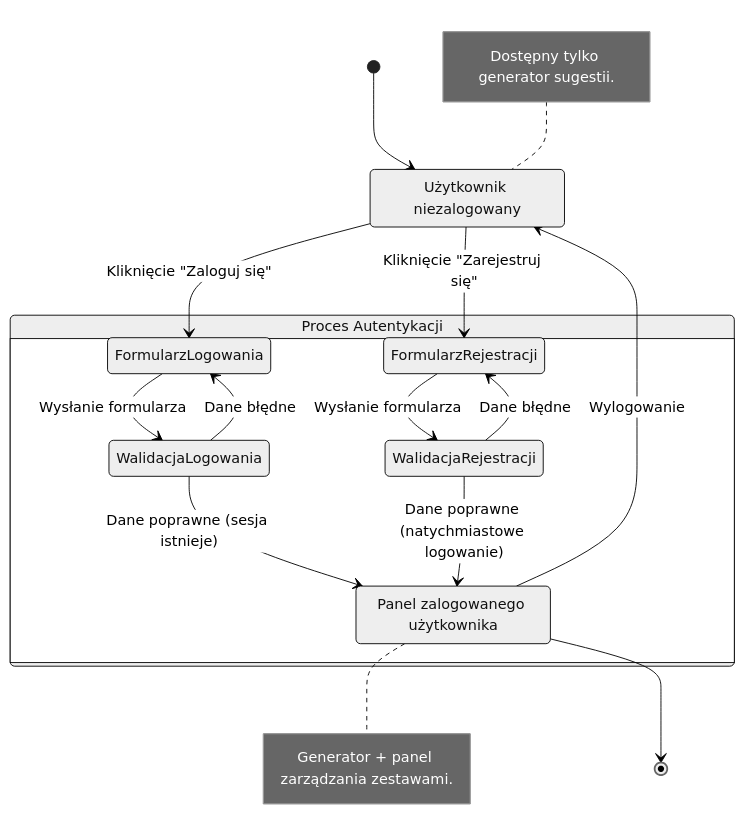
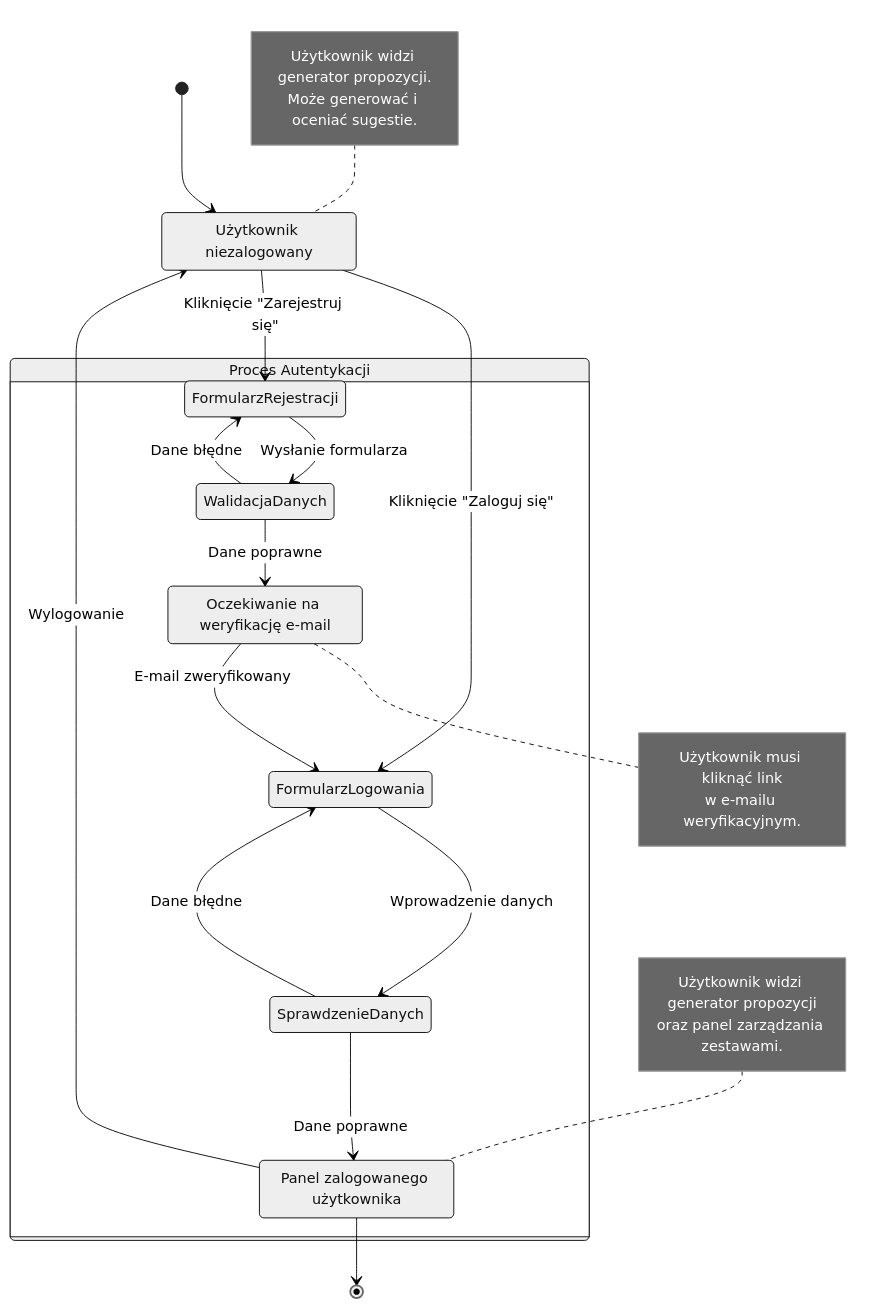
One commit to kkempa-fp/10x-hymns changed the diagram in .ai/diagrams/journey.md. Above: the diagram before and after it, drawn with Mermaid (neutral theme). The commit also changed 25 other files, not shown here.

````diff
--- a/.ai/diagrams/journey.md
+++ b/.ai/diagrams/journey.md
@@ -1,34 +1,44 @@
 ```mermaid
 stateDiagram-v2
     [*] --> WidokNiezalogowany
 
     WidokNiezalogowany: Użytkownik niezalogowany
     note left of WidokNiezalogowany
-        Dostępny tylko generator sugestii.
+        Użytkownik widzi generator propozycji.
+        Może generować i oceniać sugestie.
     end note
 
     WidokNiezalogowany --> FormularzLogowania: Kliknięcie "Zaloguj się"
     WidokNiezalogowany --> FormularzRejestracji: Kliknięcie "Zarejestruj się"
 
     state "Proces Autentykacji" as Autentykacja {
-        FormularzLogowania --> WalidacjaLogowania: Wysłanie formularza
+        FormularzLogowania --> SprawdzenieDanych: Wprowadzenie danych
 
-        state WalidacjaLogowania <<choice>>
-        WalidacjaLogowania --> WidokZalogowany: Dane poprawne (sesja istnieje)
-        WalidacjaLogowania --> FormularzLogowania: Dane błędne
+        state SprawdzenieDanych <<choice>>
+        SprawdzenieDanych --> WidokZalogowany: Dane poprawne
+        SprawdzenieDanych --> FormularzLogowania: Dane błędne
 
-        FormularzRejestracji --> WalidacjaRejestracji: Wysłanie formularza
+        FormularzRejestracji --> WalidacjaDanych: Wysłanie formularza
 
-        state WalidacjaRejestracji <<choice>>
-        WalidacjaRejestracji --> WidokZalogowany: Dane poprawne (natychmiastowe logowanie)
-        WalidacjaRejestracji --> FormularzRejestracji: Dane błędne
+        state WalidacjaDanych <<choice>>
+        WalidacjaDanych --> OczekiwanieNaWeryfikacje: Dane poprawne
+        WalidacjaDanych --> FormularzRejestracji: Dane błędne
+
+        OczekiwanieNaWeryfikacje: Oczekiwanie na weryfikację e-mail
+        note right of OczekiwanieNaWeryfikacje
+            Użytkownik musi kliknąć link
+            w e-mailu weryfikacyjnym.
+        end note
+        OczekiwanieNaWeryfikacje --> FormularzLogowania: E-mail zweryfikowany
     }
 
     WidokZalogowany: Panel zalogowanego użytkownika
-    note right of WidokZalogowany
-        Generator + panel zarządzania zestawami.
+    note left of WidokZalogowany
+        Użytkownik widzi generator propozycji
+        oraz panel zarządzania zestawami.
     end note
 
     WidokZalogowany --> WidokNiezalogowany: Wylogowanie
     WidokZalogowany --> [*]
+
 ```
````
